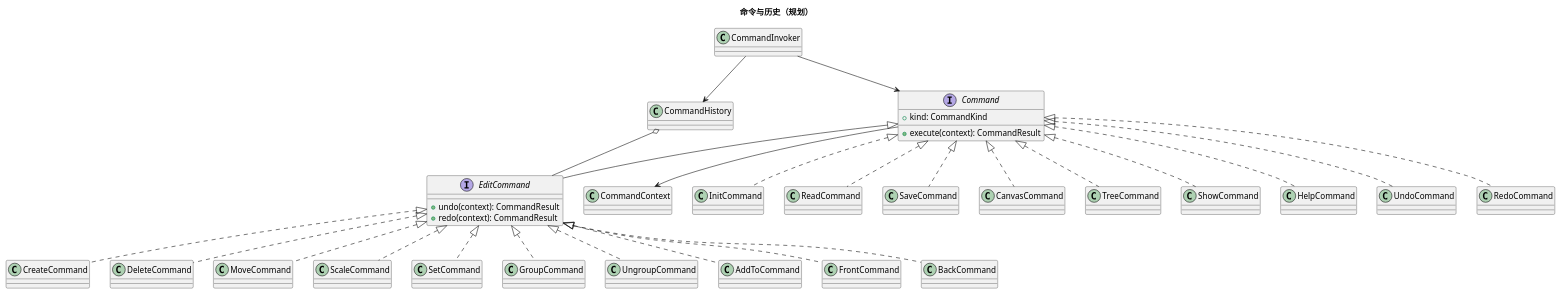
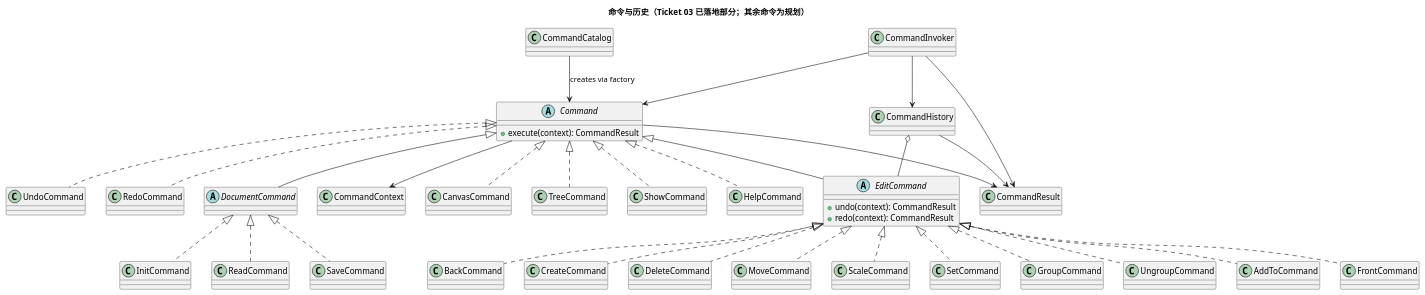
One commit to NQC233/svg-editor-lab1 changed the second of 2 diagrams in doc/class-model.puml. Above: the diagram before and after it, drawn with PlantUML. The commit also changed 5 other files, not shown here.

```diff
--- a/doc/class-model.puml
+++ b/doc/class-model.puml
@@ -75,63 +75,71 @@
 @startuml
-title 命令与历史（规划）
+title 命令与历史（Ticket 03 已落地部分；其余命令为规划）
 
-interface Command {
-  +kind: CommandKind
+abstract class Command {
   +execute(context): CommandResult
 }
 
-interface EditCommand {
+abstract class DocumentCommand
+
+abstract class EditCommand {
   +undo(context): CommandResult
   +redo(context): CommandResult
 }
 
+class CommandResult
+class CommandCatalog
 class CommandInvoker
 class CommandHistory
 class CommandContext
 
 class "CreateCommand" as Create
 class "DeleteCommand" as Delete
 class "MoveCommand" as Move
 class "ScaleCommand" as Scale
 class "SetCommand" as Set
 class "GroupCommand" as GroupCmd
 class "UngroupCommand" as Ungroup
 class "AddToCommand" as AddTo
 class "FrontCommand" as Front
 class "BackCommand" as Back
 class "InitCommand" as Init
 class "ReadCommand" as Read
 class "SaveCommand" as Save
 class "CanvasCommand" as Canvas
 class "TreeCommand" as Tree
 class "ShowCommand" as Show
 class "HelpCommand" as Help
 class "UndoCommand" as Undo
 class "RedoCommand" as Redo
 
 Command <|-- EditCommand
+Command <|-- DocumentCommand
 EditCommand <|.. Create
 EditCommand <|.. Delete
 EditCommand <|.. Move
 EditCommand <|.. Scale
 EditCommand <|.. Set
 EditCommand <|.. GroupCmd
 EditCommand <|.. Ungroup
 EditCommand <|.. AddTo
 EditCommand <|.. Front
 EditCommand <|.. Back
-Command <|.. Init
-Command <|.. Read
-Command <|.. Save
+DocumentCommand <|.. Init
+DocumentCommand <|.. Read
+DocumentCommand <|.. Save
 Command <|.. Canvas
 Command <|.. Tree
 Command <|.. Show
 Command <|.. Help
 Command <|.. Undo
 Command <|.. Redo
 
 CommandInvoker --> CommandHistory
 CommandInvoker --> Command
+CommandInvoker --> CommandResult
+CommandCatalog --> Command : creates via factory
 CommandHistory o-- EditCommand
+CommandHistory --> CommandResult
 Command --> CommandContext
+Command --> CommandResult
 @enduml
```
